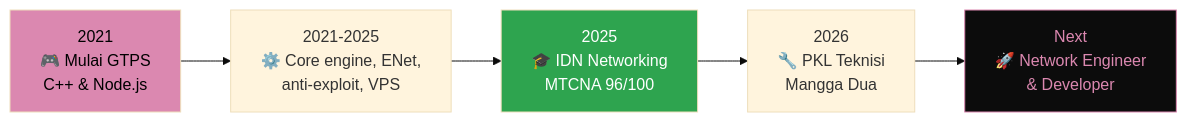
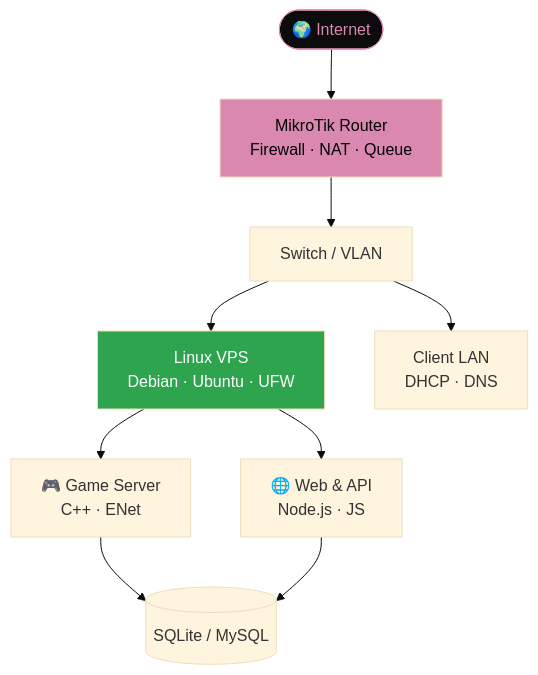
One commit to rqzaa/rqzaa changed the diagram in README.md. Above: the diagram before and after it, drawn with Mermaid (base theme). The commit also changed other lines of this file, not shown here.

````diff
--- a/README.md
+++ b/README.md
@@ -154,10 +54,14 @@
 ```mermaid
-flowchart LR
-    A["2021<br/>🎮 Mulai GTPS<br/>C++ & Node.js"] --> B["2021-2025<br/>⚙️ Core engine, ENet,<br/>anti-exploit, VPS"]
-    B --> C["2025<br/>🎓 IDN Networking<br/>MTCNA 96/100"]
-    C --> D["2026<br/>🔧 PKL Teknisi<br/>Mangga Dua"]
-    D --> E["Next<br/>🚀 Network Engineer<br/>& Developer"]
-    style A fill:#DB88B0,color:#000
-    style C fill:#2ea44f,color:#fff
-    style E fill:#0c0c0c,color:#DB88B0,stroke:#DB88B0
+flowchart TD
+    I(["🌍 Internet"]) --> R["MikroTik Router<br/>Firewall · NAT · Queue"]
+    R --> S["Switch / VLAN"]
+    S --> V["Linux VPS<br/>Debian · Ubuntu · UFW"]
+    S --> C["Client LAN<br/>DHCP · DNS"]
+    V --> G["🎮 Game Server<br/>C++ · ENet"]
+    V --> W["🌐 Web & API<br/>Node.js · JS"]
+    G --> D[("SQLite / MySQL")]
+    W --> D
+    style I fill:#0c0c0c,color:#DB88B0,stroke:#DB88B0
+    style R fill:#DB88B0,color:#000
+    style V fill:#2ea44f,color:#fff
 ```
````
